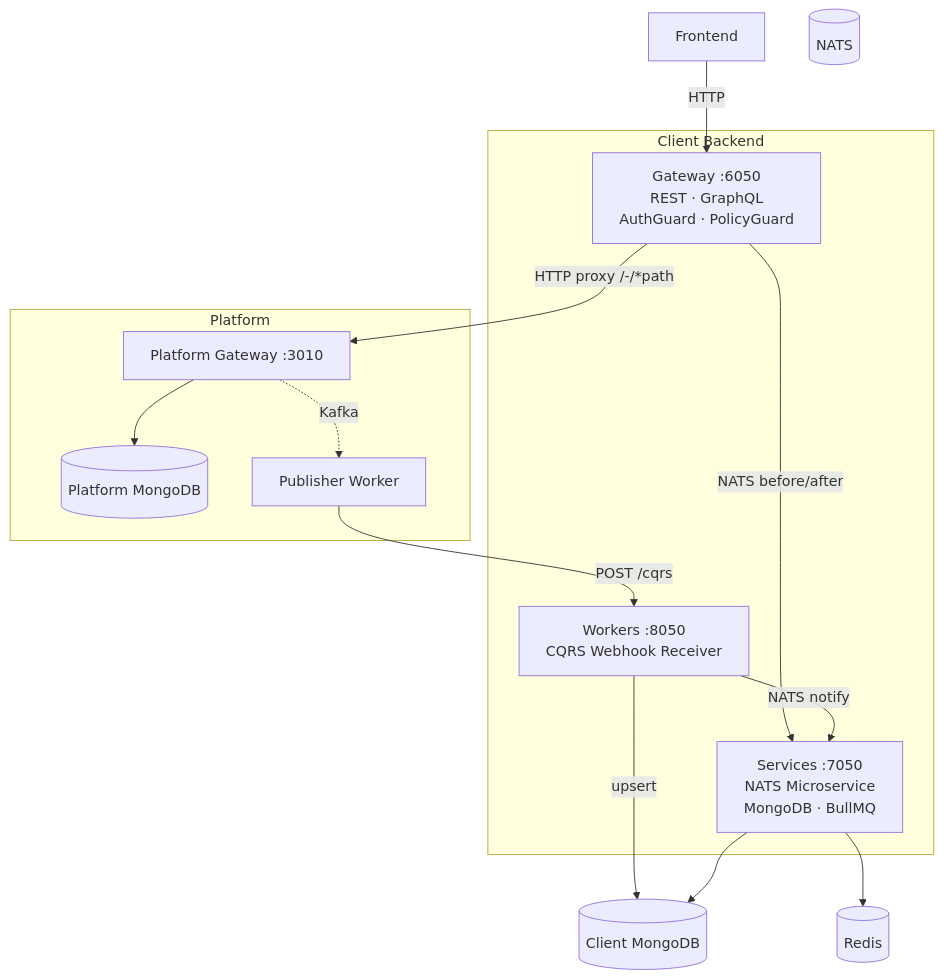
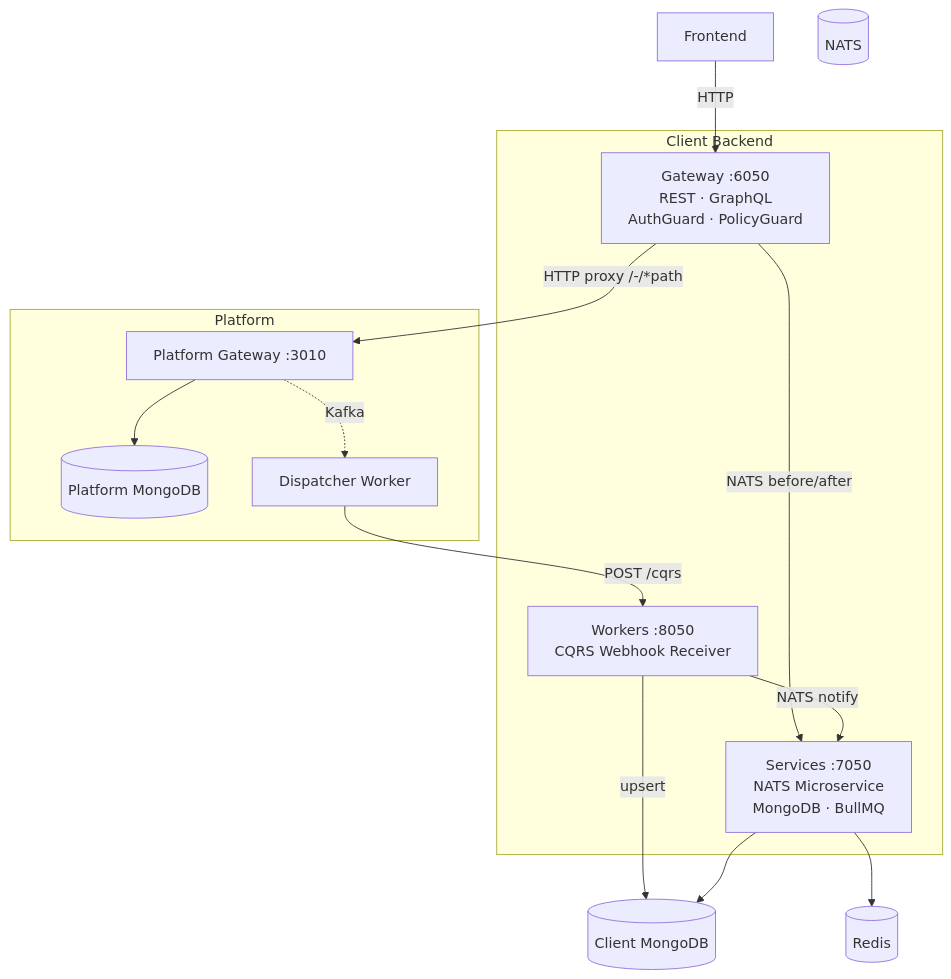
One commit to wenex-org/platform-docs changed the first of 3 diagrams in getting-started/overview/ecosystem/client-app.md. Above: the diagram before and after it, drawn with Mermaid. The commit also changed other lines of this file and 13 other files, not shown here.

````diff
--- a/getting-started/overview/ecosystem/client-app.md
+++ b/getting-started/overview/ecosystem/client-app.md
@@ -38,31 +38,31 @@
 ```mermaid
 graph TB
     FE["Frontend"]
 
     subgraph Client Backend
         GW["Gateway :6050\nREST · GraphQL\nAuthGuard · PolicyGuard"]
         SVC["Services :7050\nNATS Microservice\nMongoDB · BullMQ"]
         WRK["Workers :8050\nCQRS Webhook Receiver"]
     end
 
     subgraph Platform
         PGW["Platform Gateway :3010"]
         DB[(Platform MongoDB)]
-        PUB["Publisher Worker"]
+        PUB["Dispatcher Worker"]
     end
 
     CDB[(Client MongoDB)]
     RD[(Redis)]
     NATS[(NATS)]
 
     FE -->|HTTP| GW
     GW -->|NATS before/after| SVC
     GW -->|"HTTP proxy /-/*path"| PGW
     PGW --> DB
     PGW -.->|Kafka| PUB
     PUB -->|"POST /cqrs"| WRK
     WRK -->|upsert| CDB
     WRK -->|NATS notify| SVC
     SVC --> CDB
     SVC --> RD
 ```
````
